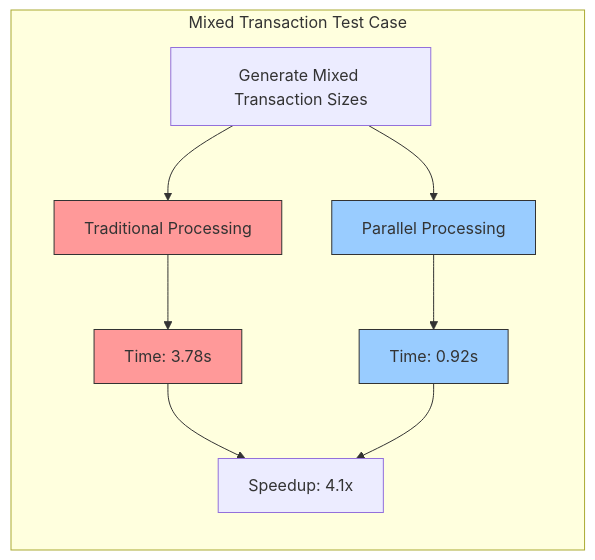
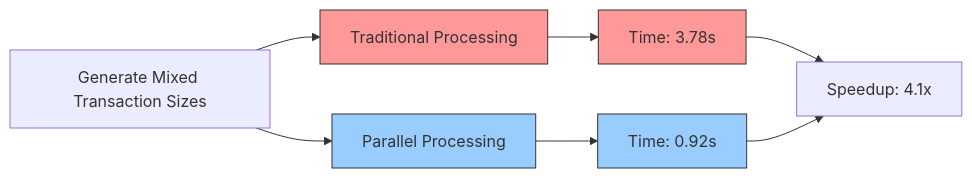
One commit to Final-Project-13520137/avalanche-parallel changed the eighth of 10 diagrams in README.md. Above: the diagram before and after it, drawn with Mermaid. The commit also changed other lines of this file, not shown here.

Commit message:
fix readme graph diagram testing again

````diff
--- a/README.md
+++ b/README.md
@@ -625,19 +616,16 @@
 ```mermaid
 flowchart LR
-    subgraph MixedTX[Mixed Transaction Test Case]
-        direction TB
-        MixTX_Gen[Generate Mixed Transaction Sizes] --> MixTX_T[Traditional Processing]
-        MixTX_Gen --> MixTX_P[Parallel Processing]
-        
-        MixTX_T --> MixTX_TR[Time: 3.78s]
-        MixTX_P --> MixTX_PR[Time: 0.92s]
-        
-        MixTX_TR & MixTX_PR --> MixTX_Comp[Speedup: 4.1x]
-    end
+    MixTX_Gen[Generate Mixed Transaction Sizes] --> MixTX_T[Traditional Processing]
+    MixTX_Gen --> MixTX_P[Parallel Processing]
+    
+    MixTX_T --> MixTX_TR[Time: 3.78s]
+    MixTX_P --> MixTX_PR[Time: 0.92s]
+    
+    MixTX_TR & MixTX_PR --> MixTX_Comp[Speedup: 4.1x]
     
     classDef traditional fill:#FF9999,stroke:#333,stroke-width:1px
     classDef parallel fill:#99CCFF,stroke:#333,stroke-width:1px
     
     class MixTX_T,MixTX_TR traditional
     class MixTX_P,MixTX_PR parallel
 ```
````
